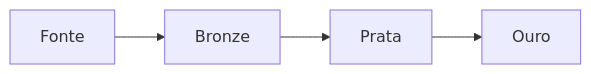
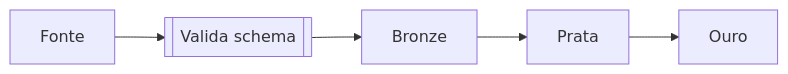
Before and after one commit to v-amorim/portfolio: the first of 25 diagrams in docs/blog/exemplos-mermaid.md, drawn with Mermaid. The commit also changed other lines of this file and 5 other files, not shown here.

Commit message:
content: reframe the Mermaid post as a Moonlight theme gallery with per-diagram notes

````diff
--- a/docs/blog/exemplos-mermaid.md
+++ b/docs/blog/exemplos-mermaid.md
@@ -13,6 +19,7 @@
 ```mermaid
 graph LR
-    A[Fonte] --> B[Bronze]
+    A[Fonte] --> V[[Valida schema]]
+    V --> B[Bronze]
     B --> C[Prata]
     C --> D[Ouro]
 ```
````
